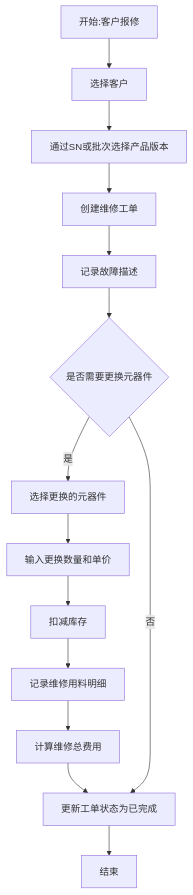
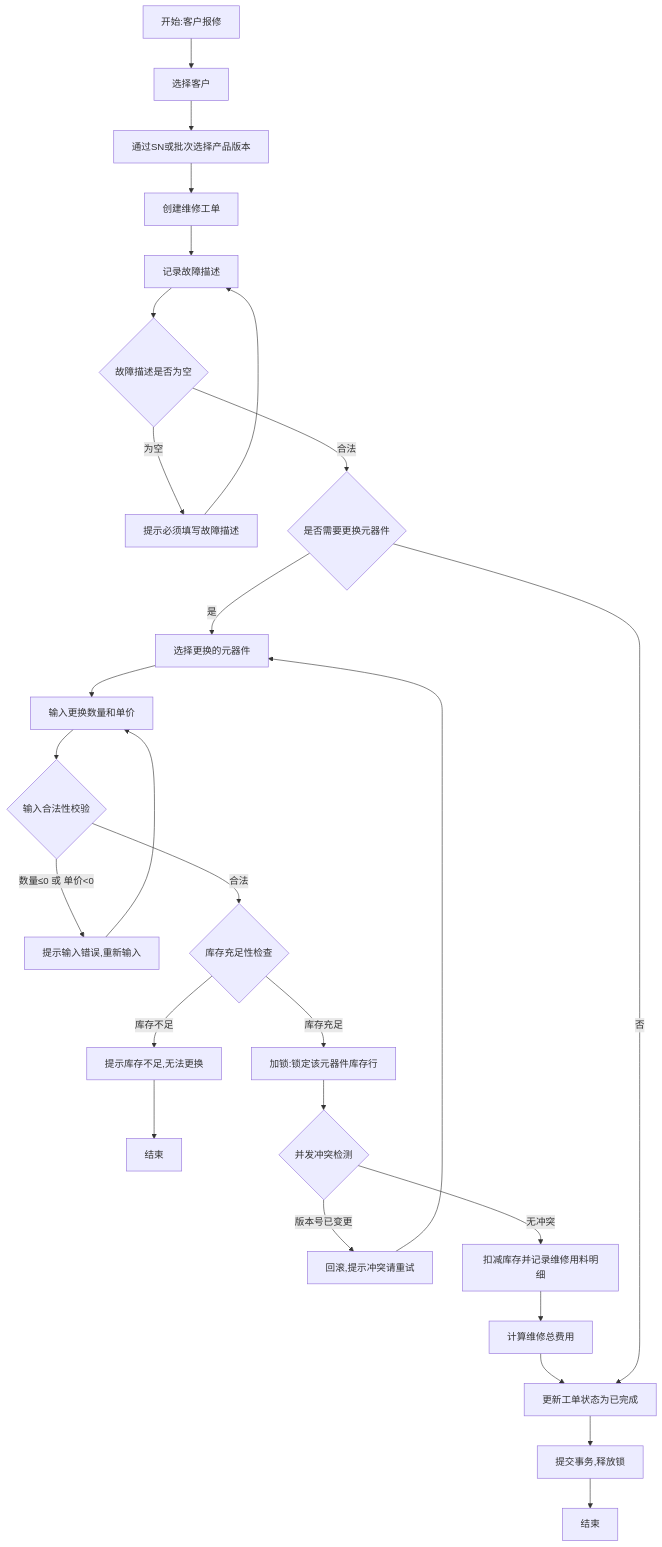
Before and after one commit to NorthBridgeAthlon64/HPLM_SQL: the fourth of 6 diagrams in 01_功能说明.md, drawn with Mermaid. The commit also changed other lines of this file and 2 other files, not shown here.

First line of the commit message:
feat: 完善Mermaid流程图异常分支、数据字典与DDL一致性、AI使用记录

````diff
--- a/01_功能说明.md
+++ b/01_功能说明.md
@@ -85,16 +119,29 @@
 ```mermaid
 flowchart TD
     A[开始:客户报修] --> B[选择客户]
     B --> C[通过SN或批次选择产品版本]
     C --> D[创建维修工单]
     D --> E[记录故障描述]
-    E --> F{是否需要更换元器件}
-    F -->|是| G[选择更换的元器件]
-    G --> H[输入更换数量和单价]
-    H --> I[扣减库存]
-    I --> J[记录维修用料明细]
-    J --> K[计算维修总费用]
-    K --> L[更新工单状态为已完成]
-    L --> M[结束]
-    F -->|否| L
+    E --> F{故障描述是否为空}
+    F -->|为空| G[提示必须填写故障描述]
+    G --> E
+    F -->|合法| H{是否需要更换元器件}
+    H -->|是| I[选择更换的元器件]
+    I --> J[输入更换数量和单价]
+    J --> K{输入合法性校验}
+    K -->|数量≤0 或 单价<0| L[提示输入错误,重新输入]
+    L --> J
+    K -->|合法| M{库存充足性检查}
+    M -->|库存不足| N[提示库存不足,无法更换]
+    N --> O[结束]
+    M -->|库存充足| P[加锁:锁定该元器件库存行]
+    P --> Q{并发冲突检测}
+    Q -->|版本号已变更| R[回滚,提示冲突请重试]
+    R --> I
+    Q -->|无冲突| S[扣减库存并记录维修用料明细]
+    S --> T[计算维修总费用]
+    T --> U[更新工单状态为已完成]
+    U --> V[提交事务,释放锁]
+    V --> W[结束]
+    H -->|否| U
 ```
````
